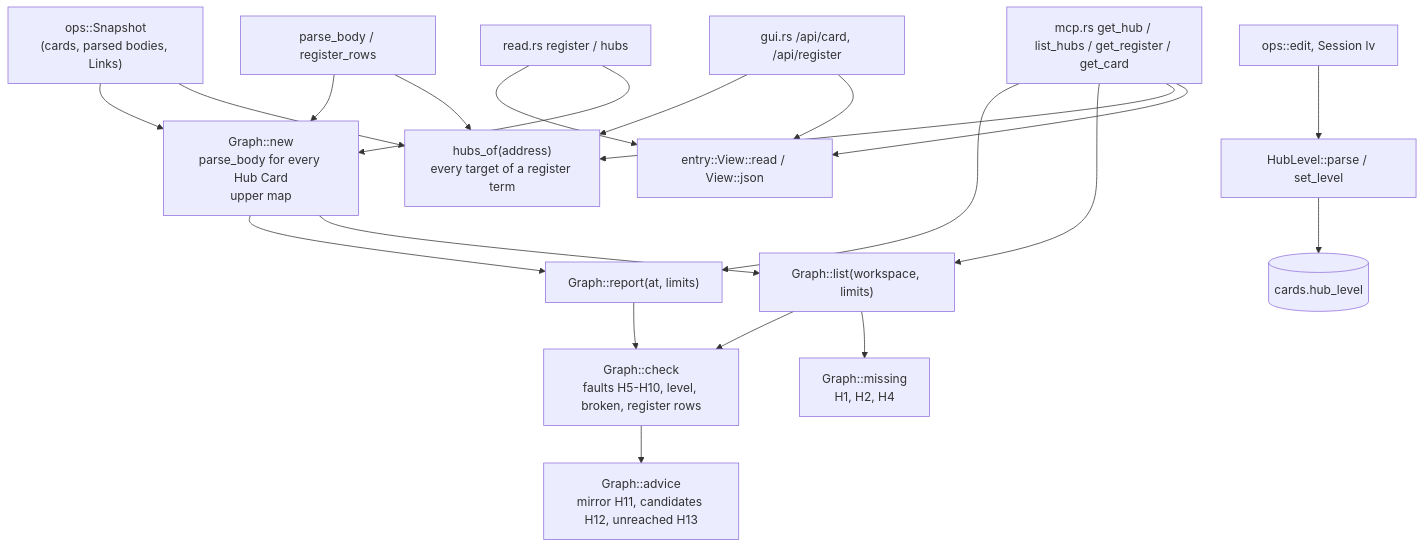
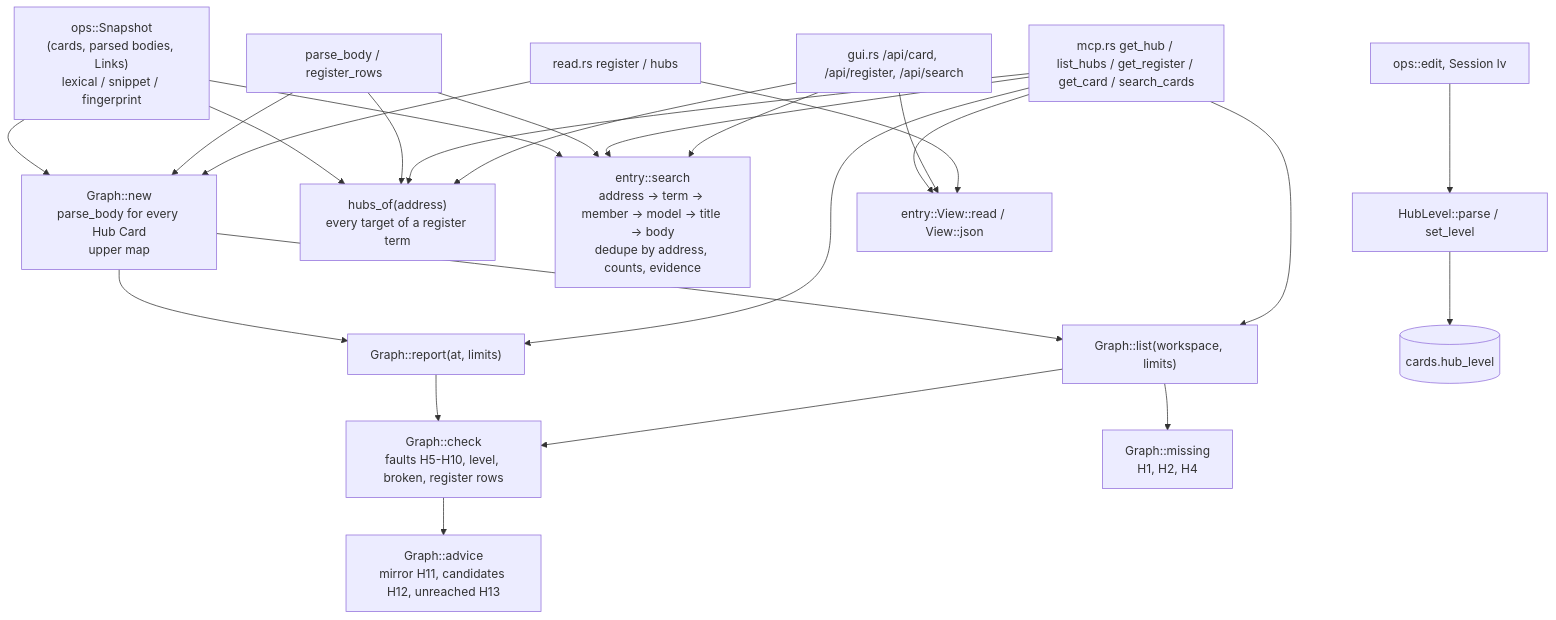
One commit to liudesheng9/zet changed the diagram in docs/wiki/hub-cards.md. Above: the diagram before and after it, drawn with Mermaid. The commit also changed other lines of this file and 17 other files, not shown here.

Commit message:
Show entry-first search results in GUI and MCP (#106)

````diff
--- a/docs/wiki/hub-cards.md
+++ b/docs/wiki/hub-cards.md
@@ -67,23 +73,27 @@
 ```mermaid
 flowchart TD
-  S["ops::Snapshot<br/>(cards, parsed bodies, Links)"] --> G["Graph::new<br/>parse_body for every Hub Card<br/>upper map"]
+  S["ops::Snapshot<br/>(cards, parsed bodies, Links)<br/>lexical / snippet / fingerprint"] --> G["Graph::new<br/>parse_body for every Hub Card<br/>upper map"]
   S --> HO["hubs_of(address)<br/>every target of a register term"]
+  S --> SR["entry::search<br/>address → term → member → model → title → body<br/>dedupe by address, counts, evidence"]
   G --> R["Graph::report(at, limits)"]
   G --> L["Graph::list(workspace, limits)"]
   R --> C["Graph::check<br/>faults H5-H10, level, broken, register rows"]
   L --> C
   C --> A["Graph::advice<br/>mirror H11, candidates H12, unreached H13"]
   L --> M["Graph::missing<br/>H1, H2, H4"]
   P["parse_body / register_rows"] --> G
   P --> HO
+  P --> SR
   LV["HubLevel::parse / set_level"] --> DB[("cards.hub_level")]
-  MCP["mcp.rs get_hub / list_hubs / get_register / get_card"] --> R
+  MCP["mcp.rs get_hub / list_hubs / get_register / get_card / search_cards"] --> R
   MCP --> L
   MCP --> HO
   MCP --> E["entry::View::read / View::json"]
-  GUI["gui.rs /api/card, /api/register"] --> HO
+  MCP --> SR
+  GUI["gui.rs /api/card, /api/register, /api/search"] --> HO
   GUI --> E
+  GUI --> SR
   RD["read.rs register / hubs"] --> E
   RD --> G
   OPS["ops::edit, Session lv"] --> LV
 ```
````
